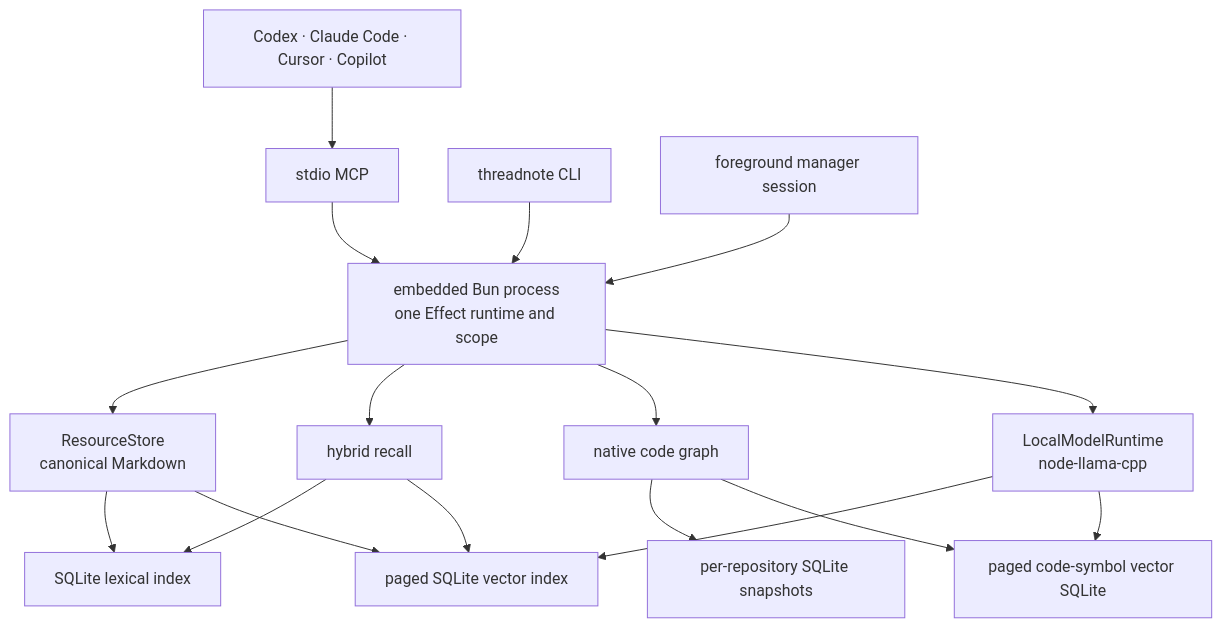
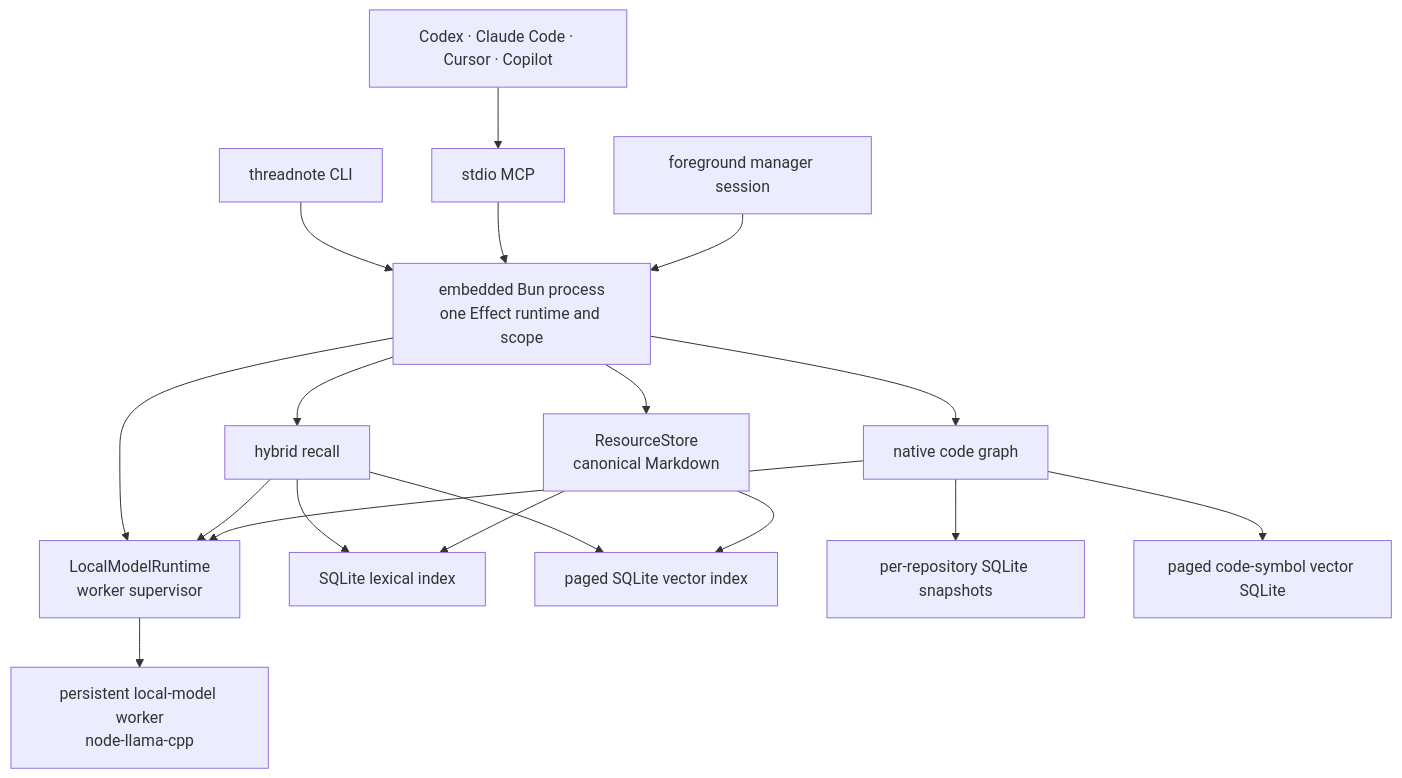
The diagram in docs/architecture.md (Kashkovsky/threadnote), drawn with Mermaid before and after one commit. The commit also changed other lines of this file and 34 other files, not shown here.

````diff
--- a/docs/architecture.md
+++ b/docs/architecture.md
@@ -20,19 +23,20 @@
 ```mermaid
 flowchart TD
     Agents["Codex · Claude Code · Cursor · Copilot"] --> MCP["stdio MCP"]
     CLI["threadnote CLI"] --> Runtime["embedded Bun process<br/>one Effect runtime and scope"]
     MCP --> Runtime
     Manager["foreground manager session"] --> Runtime
     Runtime --> Store["ResourceStore<br/>canonical Markdown"]
     Runtime --> Recall["hybrid recall"]
     Runtime --> CodeGraph["native code graph"]
-    Runtime --> Models["LocalModelRuntime<br/>node-llama-cpp"]
+    Runtime --> Supervisor["LocalModelRuntime<br/>worker supervisor"]
+    Supervisor --> Worker["persistent local-model worker<br/>node-llama-cpp"]
+    Recall --> Supervisor
+    CodeGraph --> Supervisor
     Recall --> Lexical["SQLite lexical index"]
     Recall --> Vectors["paged SQLite vector index"]
-    Models --> Vectors
     CodeGraph --> GraphSqlite["per-repository SQLite snapshots"]
     CodeGraph --> GraphVectors["paged code-symbol vector SQLite"]
-    Models --> GraphVectors
     Store --> Lexical
     Store --> Vectors
 ```
````
